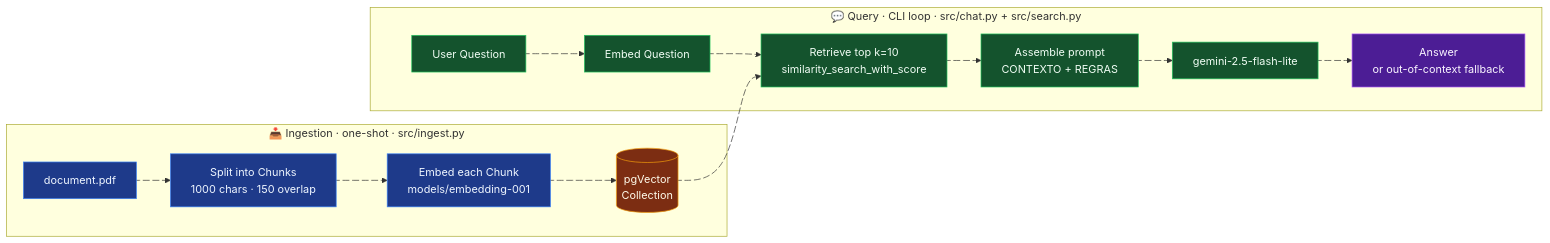
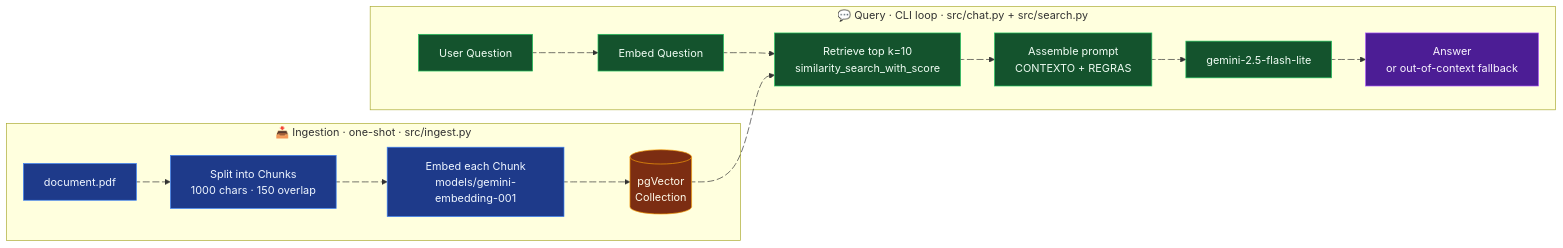
One commit to rodrigorjsf/semantic-search-mba-fullcycle changed the first of 2 diagrams in docs/ROADMAP.md. Above: the diagram before and after it, drawn with Mermaid. The commit also changed other lines of this file and 3 other files, not shown here.

````diff
--- a/docs/ROADMAP.md
+++ b/docs/ROADMAP.md
@@ -12,36 +12,36 @@
 ```mermaid
 flowchart LR
     subgraph Ingestion["📥 Ingestion · one-shot · src/ingest.py"]
         PDF[document.pdf] e1@--> SPLIT["Split into Chunks<br/>1000 chars · 150 overlap"]
-        SPLIT e2@--> EMB1["Embed each Chunk<br/>models/embedding-001"]
+        SPLIT e2@--> EMB1["Embed each Chunk<br/>models/gemini-embedding-001"]
         EMB1 e3@--> STORE[("pgVector<br/>Collection")]
     end
     subgraph Query["💬 Query · CLI loop · src/chat.py + src/search.py"]
         Q["User Question"] e4@--> EMB2["Embed Question"]
         EMB2 e5@--> RET["Retrieve top k=10<br/>similarity_search_with_score"]
         STORE e6@--> RET
         RET e7@--> PROMPT["Assemble prompt<br/>CONTEXTO + REGRAS"]
         PROMPT e8@--> LLM["gemini-2.5-flash-lite"]
         LLM e9@--> ANS["Answer<br/>or out-of-context fallback"]
     end
 
     e1@{ animate: true }
     e2@{ animate: true }
     e3@{ animate: true }
     e4@{ animate: true }
     e5@{ animate: true }
     e6@{ animate: true }
     e7@{ animate: true }
     e8@{ animate: true }
     e9@{ animate: true }
 
     classDef ingest fill:#1e3a8a,stroke:#3b82f6,color:#eff6ff;
     classDef query fill:#14532d,stroke:#22c55e,color:#f0fdf4;
     classDef store fill:#7c2d12,stroke:#f59e0b,color:#fffbeb;
     classDef answer fill:#4c1d95,stroke:#a855f7,color:#faf5ff;
 
     class PDF,SPLIT,EMB1 ingest;
     class Q,EMB2,RET,PROMPT,LLM query;
     class STORE store;
     class ANS answer;
 ```
````
